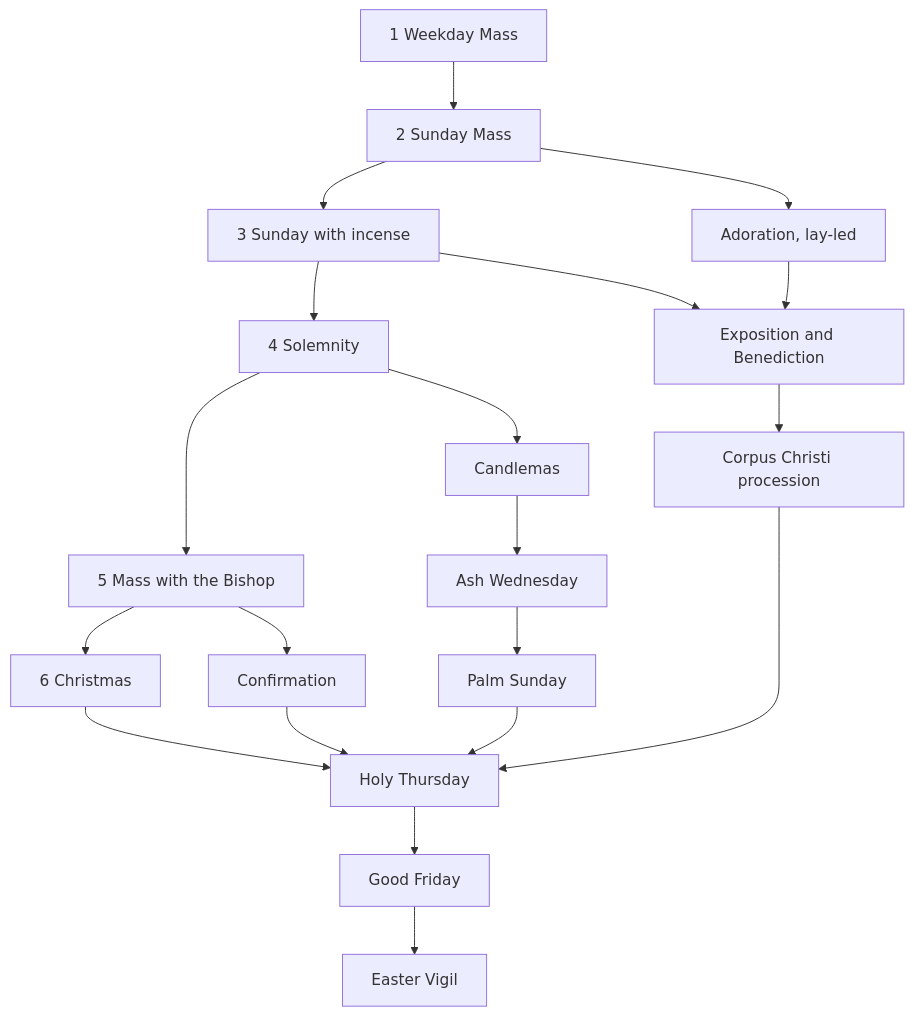
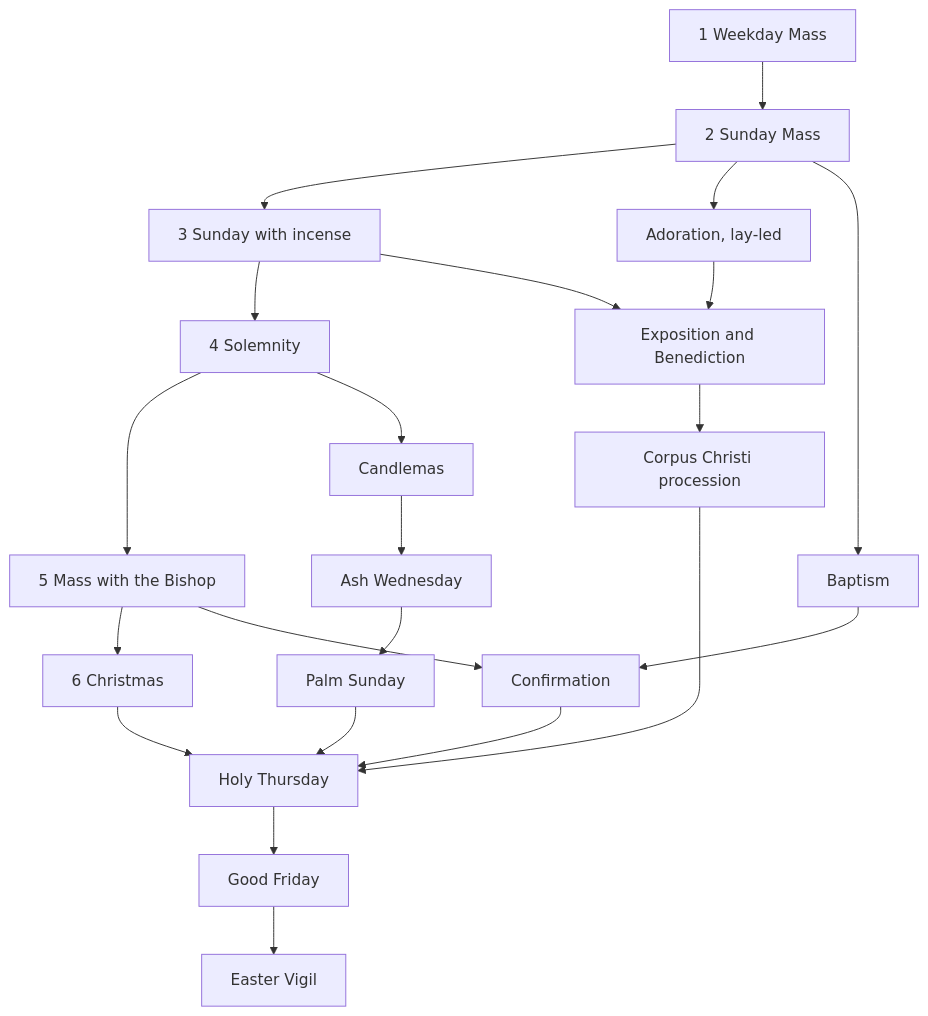
One commit to jddcef/mass-sim-liturgy changed the diagram in docs/DEVELOPMENT.md. Above: the diagram before and after it, drawn with Mermaid. The commit also changed other lines of this file and 15 other files, not shown here.

````diff
--- a/docs/DEVELOPMENT.md
+++ b/docs/DEVELOPMENT.md
@@ -196,14 +199,15 @@
 ```mermaid
 flowchart TD
   F[1 Weekday Mass] --> S[2 Sunday Mass] --> SI[3 Sunday with incense] --> SO[4 Solemnity]
   SO --> B[5 Mass with the Bishop] --> N[6 Christmas]
   S --> AL[Adoration, lay-led] --> EB[Exposition and Benediction] --> CC[Corpus Christi procession]
   SI --> EB
   SO --> CA[Candlemas] --> AW[Ash Wednesday] --> PS[Palm Sunday]
+  S --> BA[Baptism] --> CF
   B --> CF[Confirmation]
   N --> HT[Holy Thursday]
   PS --> HT
   CC --> HT
   CF --> HT
   HT --> GF[Good Friday] --> EV[Easter Vigil]
 ```
````
